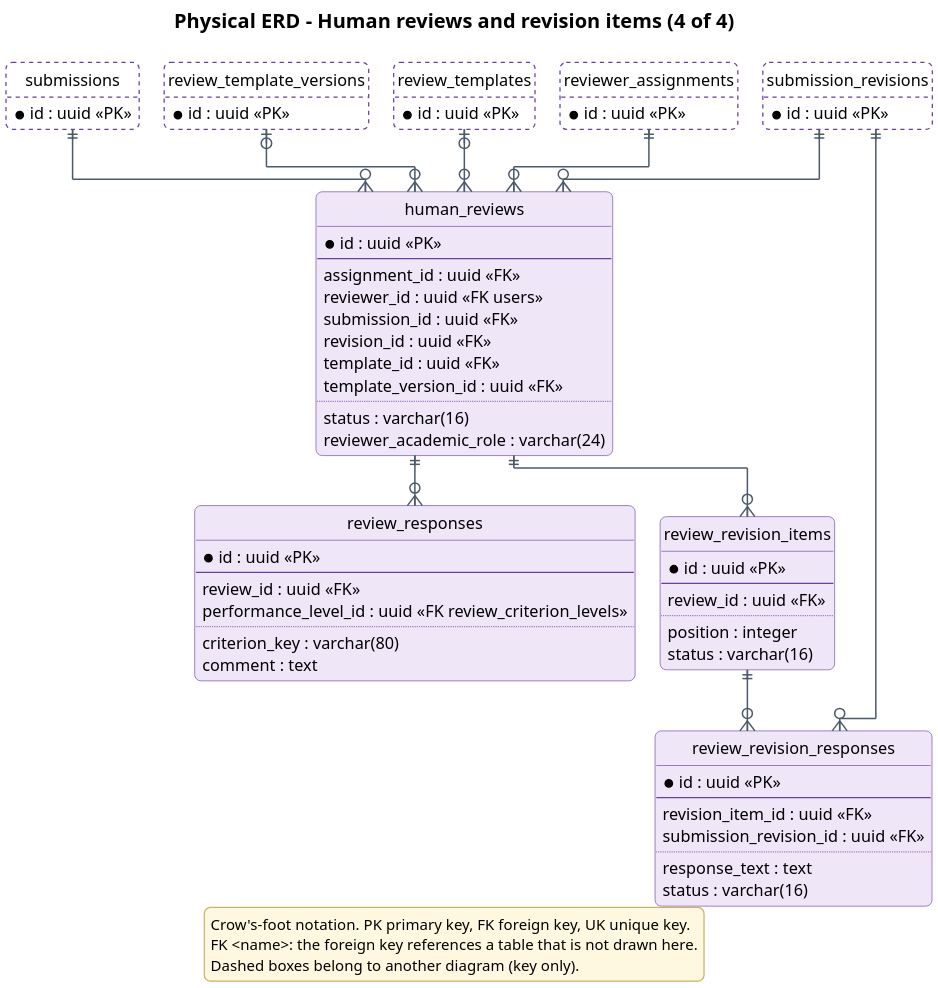
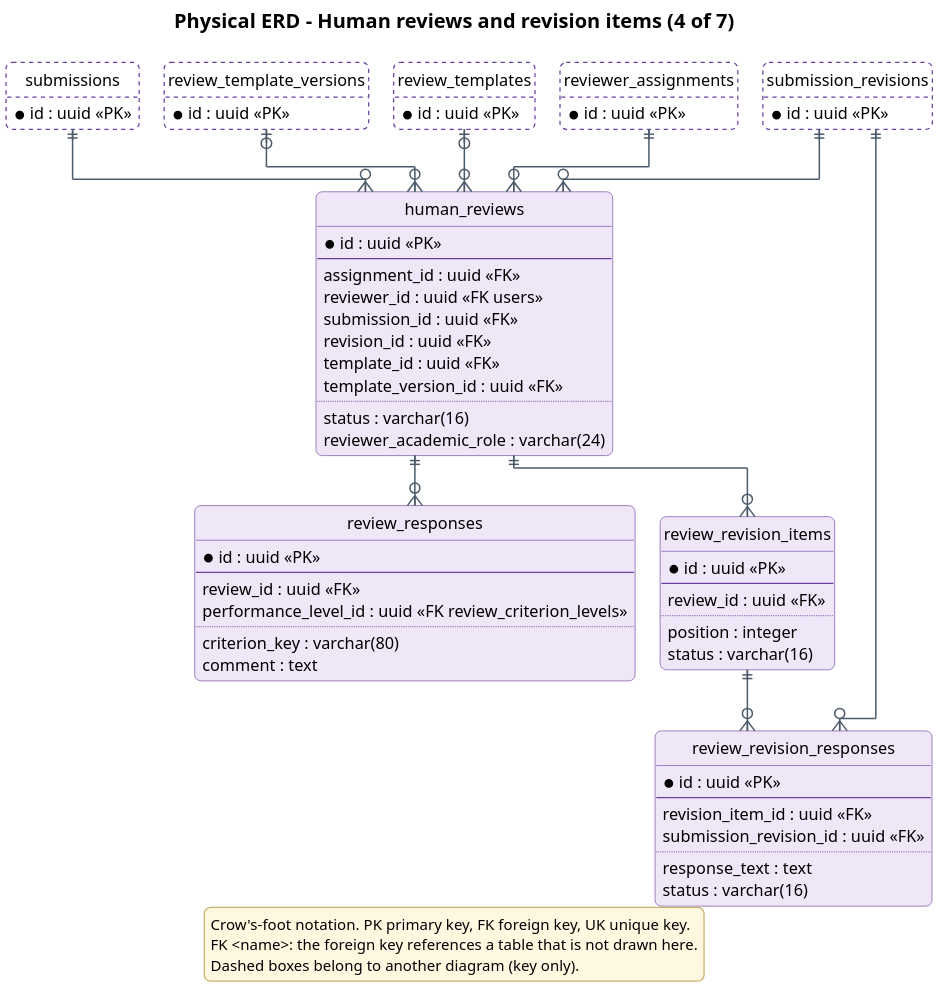
Before and after one commit to Khoa-Hoa-Technology-Solution-Company/lumi-gap: the diagram in docs/diagrams/report4/R4_ERD_review_d.puml, drawn with PlantUML. The commit also changed 202 other files, not shown here.

First line of the commit message:
docs: relayout report diagrams with orthogonal hand-placed layouts

```diff
--- a/docs/diagrams/report4/R4_ERD_review_d.puml
+++ b/docs/diagrams/report4/R4_ERD_review_d.puml
@@ -1,96 +1,96 @@
 @startuml
 !pragma layout elk
 skinparam dpi 200
 skinparam defaultFontName "Segoe UI"
 skinparam defaultFontSize 13
 skinparam shadowing false
 skinparam roundCorner 10
 skinparam backgroundColor #FFFFFF
 skinparam ArrowColor #4A5A6A
 skinparam ArrowThickness 1.2
 skinparam ArrowFontSize 12
 skinparam ArrowFontColor #4A5A6A
 skinparam TitleFontSize 16
 skinparam TitleFontStyle bold
 skinparam entity {
   BackgroundColor #EFE6F8
   BorderColor #6A3FA0
 }
 skinparam legend {
   BackgroundColor #FFF8E1
   BorderColor #C9B36B
   FontSize 12
 }
 skinparam stereotypeFontSize 10
 hide circle
 hide empty methods
-title Physical ERD - Human reviews and revision items (4 of 4)
+title Physical ERD - Human reviews and revision items (4 of 7)
 entity human_reviews #EFE6F8;line:6A3FA0 {
   * id : uuid <<PK>>
   --
   assignment_id : uuid <<FK>>
   reviewer_id : uuid <<FK users>>
   submission_id : uuid <<FK>>
   revision_id : uuid <<FK>>
   template_id : uuid <<FK>>
   template_version_id : uuid <<FK>>
   ..
   status : varchar(16)
   reviewer_academic_role : varchar(24)
 }
 entity review_responses #EFE6F8;line:6A3FA0 {
   * id : uuid <<PK>>
   --
   review_id : uuid <<FK>>
   performance_level_id : uuid <<FK review_criterion_levels>>
   ..
   criterion_key : varchar(80)
   comment : text
 }
 entity review_revision_items #EFE6F8;line:6A3FA0 {
   * id : uuid <<PK>>
   --
   review_id : uuid <<FK>>
   ..
   position : integer
   status : varchar(16)
 }
 entity review_revision_responses #EFE6F8;line:6A3FA0 {
   * id : uuid <<PK>>
   --
   revision_item_id : uuid <<FK>>
   submission_revision_id : uuid <<FK>>
   ..
   response_text : text
   status : varchar(16)
 }
 entity reviewer_assignments #FFFFFF;line:6A3FA0;line.dashed {
   * id : uuid <<PK>>
 }
 entity submission_revisions #FFFFFF;line:6A3FA0;line.dashed {
   * id : uuid <<PK>>
 }
 entity submissions #FFFFFF;line:6A3FA0;line.dashed {
   * id : uuid <<PK>>
 }
 entity review_templates #FFFFFF;line:6A3FA0;line.dashed {
   * id : uuid <<PK>>
 }
 entity review_template_versions #FFFFFF;line:6A3FA0;line.dashed {
   * id : uuid <<PK>>
 }
 human_reviews ||--o{ review_responses
 human_reviews ||--o{ review_revision_items
 review_revision_items ||--o{ review_revision_responses
 review_template_versions |o--o{ human_reviews
 review_templates |o--o{ human_reviews
 reviewer_assignments ||--o{ human_reviews
 submission_revisions ||--o{ human_reviews
 submission_revisions ||--o{ review_revision_responses
 submissions ||--o{ human_reviews
 legend bottom
 Crow's-foot notation. PK primary key, FK foreign key, UK unique key.
 FK <name>: the foreign key references a table that is not drawn here.
 Dashed boxes belong to another diagram (key only).
 endlegend
 @enduml
```
